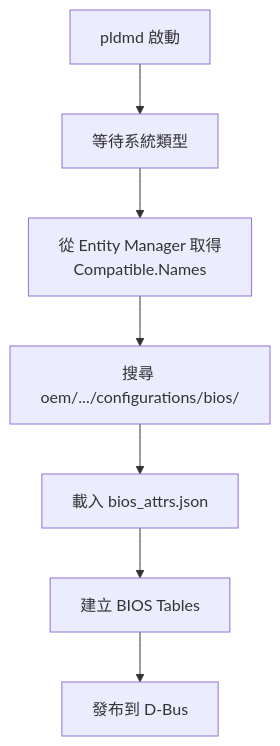
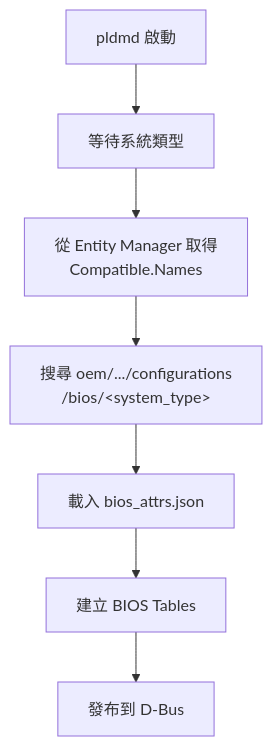
Before and after one commit to chilung-cgu/bmc-firmware-knowledge-base: the third of 3 diagrams in pldm/TypeBIOS.md, drawn with Mermaid. The commit also changed 18 other files, not shown here.

First line of the commit message:
docs(pldm): 批量優化 Mermaid 流程圖排版解決文字截斷問題

````diff
--- a/pldm/TypeBIOS.md
+++ b/pldm/TypeBIOS.md
@@ -247,10 +247,10 @@
 ```mermaid
 flowchart TD
     Start["pldmd 啟動"]
     Start --> WaitType["等待系統類型"]
     WaitType --> GetType["從 Entity Manager 取得<br/>Compatible.Names"]
-    GetType --> FindJSON["搜尋 oem/.../configurations/bios/<system_type>"]
+    GetType --> FindJSON["搜尋 oem/.../configurations<br>/bios/&lt;system_type&gt;"]
     FindJSON --> LoadJSON["載入 bios_attrs.json"]
     LoadJSON --> BuildTable["建立 BIOS Tables"]
     BuildTable --> Publish["發布到 D-Bus"]
 ```
````
